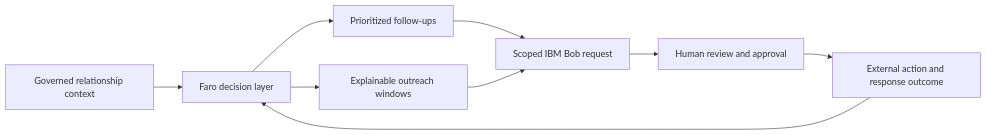
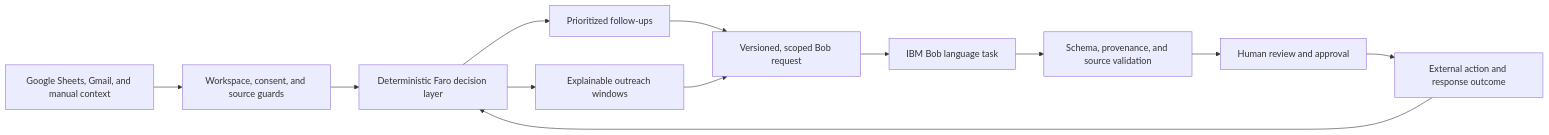
Before and after one commit to Josue-Crz/Faro-Analytics: the diagram in README.md, drawn with Mermaid. The commit also changed other lines of this file and 102 other files, not shown here.

Commit message:
doc(submission): relevant documentation and features for final IBM Bob submission in relation to the UI design and documentation

````diff
--- a/README.md
+++ b/README.md
@@ -79,11 +198,14 @@
 ```mermaid
 flowchart LR
-  Context["Governed relationship context"] --> Faro["Faro decision layer"]
+  Sources["Google Sheets, Gmail, and manual context"] --> Guard["Workspace, consent, and source guards"]
+  Guard --> Faro["Deterministic Faro decision layer"]
   Faro --> Queue["Prioritized follow-ups"]
   Faro --> Timing["Explainable outreach windows"]
-  Queue --> Request["Scoped IBM Bob request"]
+  Queue --> Request["Versioned, scoped Bob request"]
   Timing --> Request
-  Request --> Review["Human review and approval"]
+  Request --> Bob["IBM Bob language task"]
+  Bob --> Validation["Schema, provenance, and source validation"]
+  Validation --> Review["Human review and approval"]
   Review --> Outcome["External action and response outcome"]
   Outcome --> Faro
 ```
````
